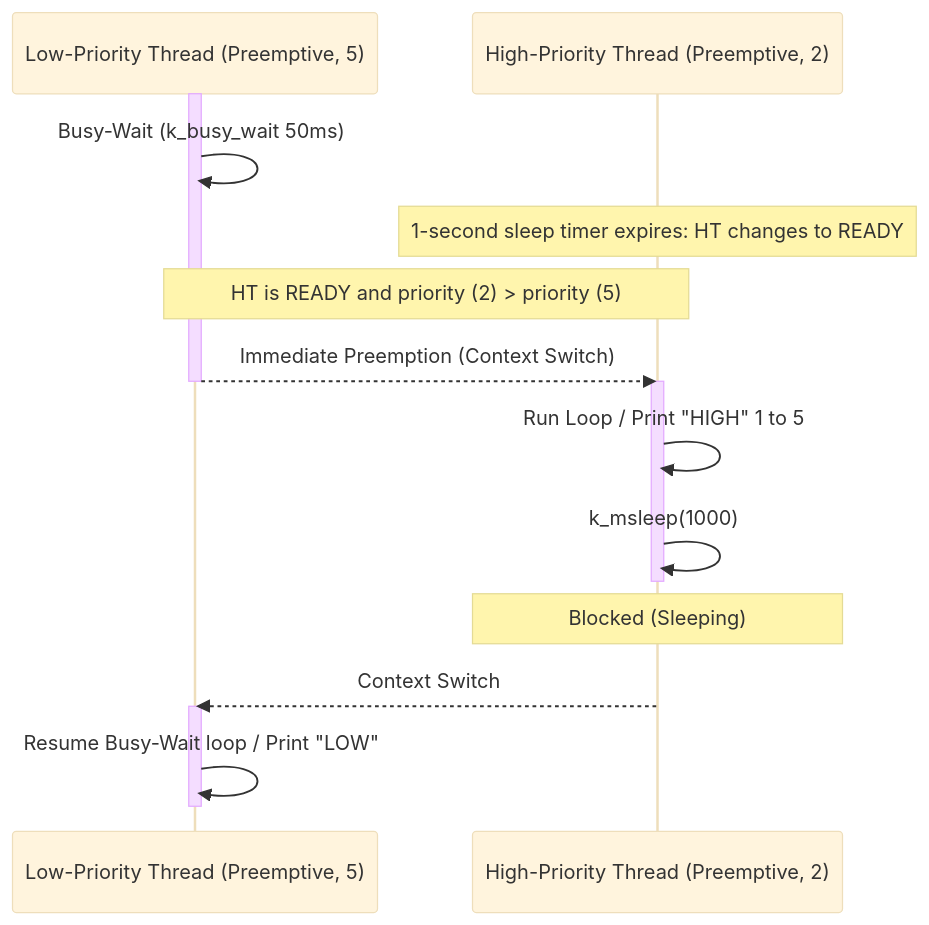
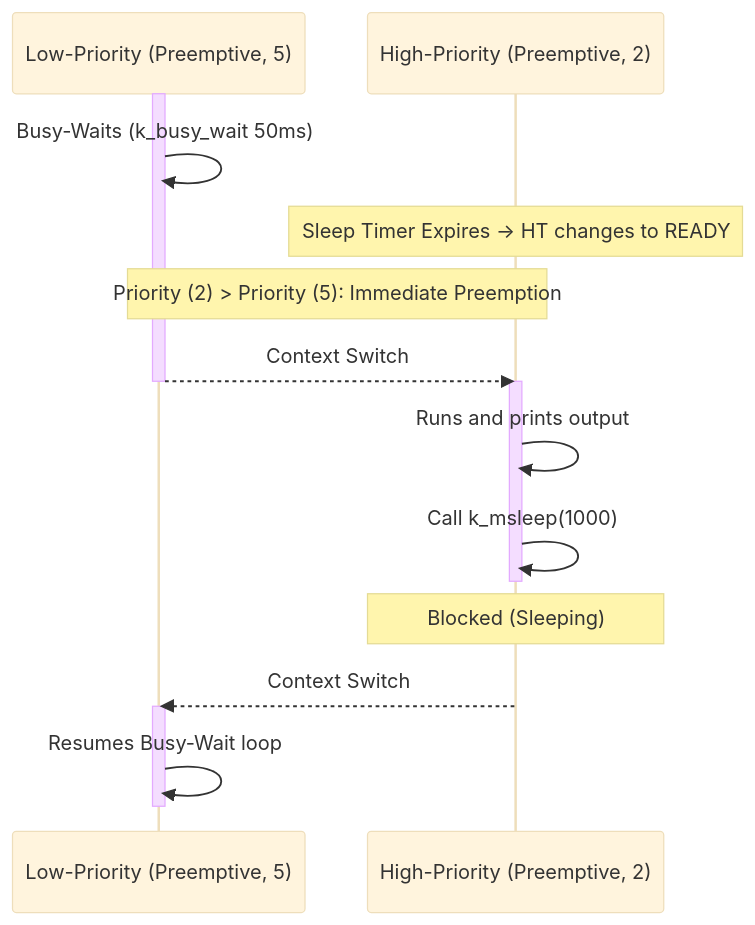
Before and after one commit to PriyaSelvakumar123/zephyr-rtos-projects: the second of 2 diagrams in README.md, drawn with Mermaid (base theme). The commit also changed other lines of this file, not shown here.

````diff
--- a/README.md
+++ b/README.md
@@ -141,20 +82,20 @@
 ```mermaid
 sequenceDiagram
-    participant LT as Low-Priority Thread (Preemptive, 5)
-    participant HT as High-Priority Thread (Preemptive, 2)
+    participant LT as Low-Priority (Preemptive, 5)
+    participant HT as High-Priority (Preemptive, 2)
     activate LT
-    LT->>LT: Busy-Wait (k_busy_wait 50ms)
-    Note over HT: 1-second sleep timer expires: HT changes to READY
-    Note over LT,HT: HT is READY and priority (2) > priority (5)
-    LT-->>HT: Immediate Preemption (Context Switch)
+    LT->>LT: Busy-Waits (k_busy_wait 50ms)
+    Note over HT: Sleep Timer Expires -> HT changes to READY
+    Note over LT,HT: Priority (2) > Priority (5): Immediate Preemption
+    LT-->>HT: Context Switch
     deactivate LT
     activate HT
-    HT->>HT: Run Loop / Print "HIGH" 1 to 5
-    HT->>HT: k_msleep(1000)
+    HT->>HT: Runs and prints output
+    HT->>HT: Call k_msleep(1000)
     deactivate HT
     Note over HT: Blocked (Sleeping)
     HT-->>LT: Context Switch
     activate LT
-    LT->>LT: Resume Busy-Wait loop / Print "LOW"
+    LT->>LT: Resumes Busy-Wait loop
     deactivate LT
 ```
````
